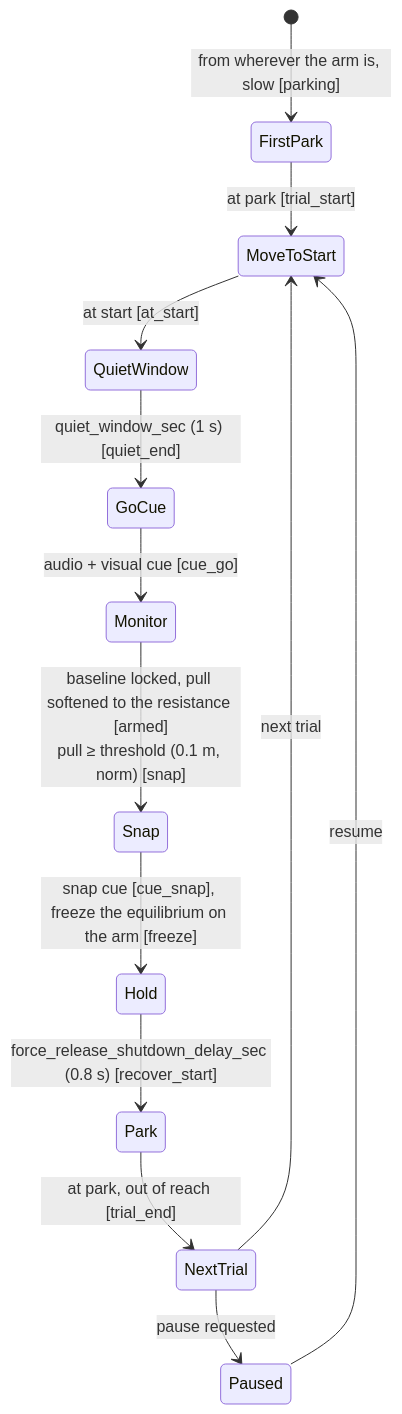
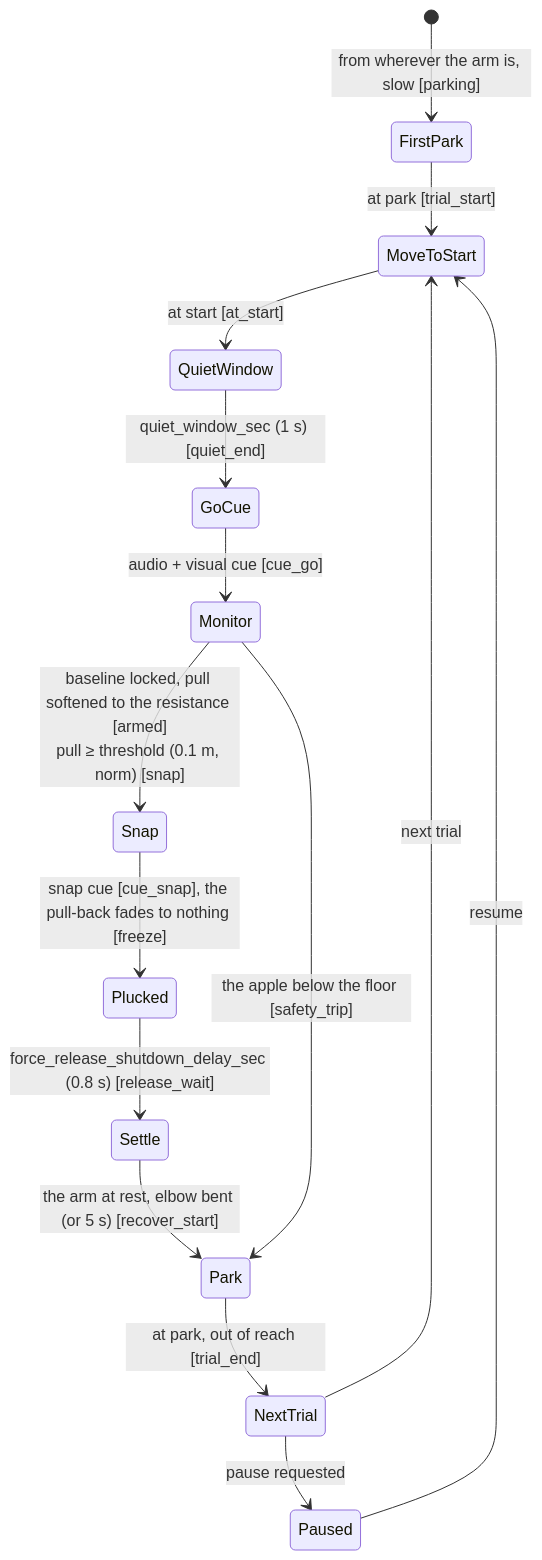
The fourth of 10 diagrams in README.md (sinthlab/sinthlab-kuka-stack), drawn with Mermaid before and after one commit. The commit also changed other lines of this file and 34 other files, not shown here.

````diff
--- a/README.md
+++ b/README.md
@@ -1709,15 +1827,17 @@
 ```mermaid
 stateDiagram-v2
     [*] --> FirstPark : from wherever the arm is, slow [parking]
     FirstPark --> MoveToStart : at park [trial_start]
     MoveToStart --> QuietWindow : at start [at_start]
     QuietWindow --> GoCue : quiet_window_sec (1 s) [quiet_end]
     GoCue --> Monitor : audio + visual cue [cue_go]
     Monitor --> Snap : baseline locked, pull softened to the resistance [armed]<br/>pull ≥ threshold (0.1 m, norm) [snap]
-    Snap --> Hold : snap cue [cue_snap], freeze the equilibrium on the arm [freeze]
-    Hold --> Park : force_release_shutdown_delay_sec (0.8 s) [recover_start]
+    Snap --> Plucked : snap cue [cue_snap], the pull-back fades to nothing [freeze]
+    Plucked --> Settle : force_release_shutdown_delay_sec (0.8 s) [release_wait]
+    Settle --> Park : the arm at rest, elbow bent (or 5 s) [recover_start]
+    Monitor --> Park : the apple below the floor [safety_trip]
     Park --> NextTrial : at park, out of reach [trial_end]
     NextTrial --> MoveToStart : next trial
     NextTrial --> Paused : pause requested
     Paused --> MoveToStart : resume
 ```
````
